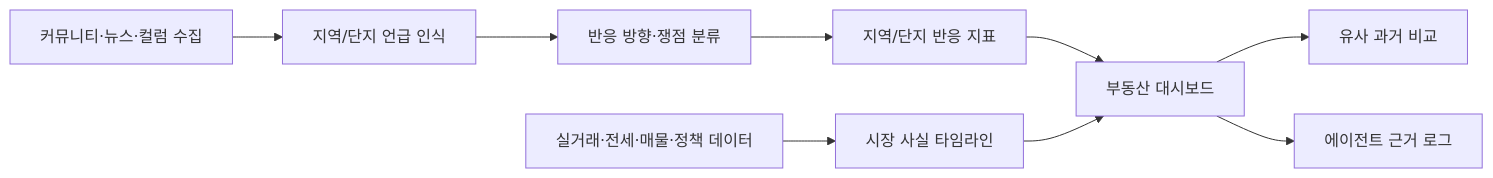
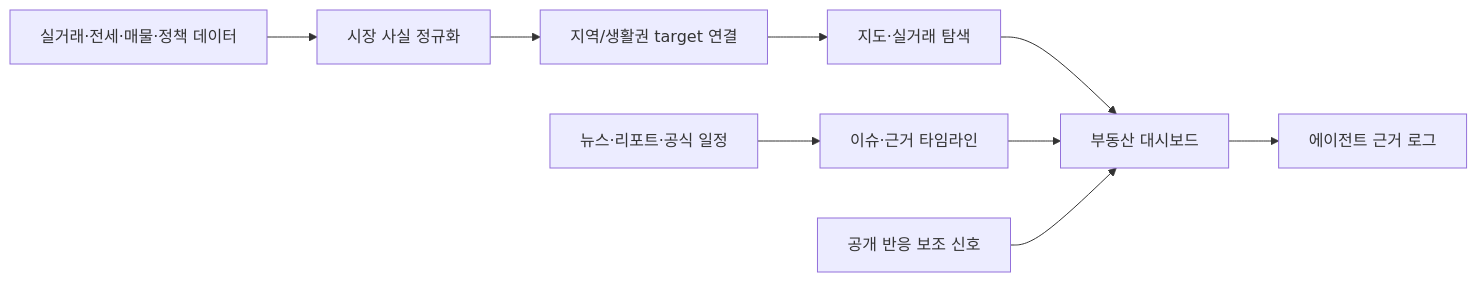
The first of 2 diagrams in README.md (99hyuk/YouBuyFirst_RealEstate), drawn with Mermaid before and after one commit. The commit also changed other lines of this file and 173 other files, not shown here.

````diff
--- a/README.md
+++ b/README.md
@@ -47,11 +47,11 @@
 ```mermaid
 flowchart LR
-  A["커뮤니티·뉴스·컬럼 수집"] --> B["지역/단지 언급 인식"]
-  B --> C["반응 방향·쟁점 분류"]
-  C --> D["지역/단지 반응 지표"]
-  E["실거래·전세·매물·정책 데이터"] --> F["시장 사실 타임라인"]
+  A["실거래·전세·매물·정책 데이터"] --> B["시장 사실 정규화"]
+  B --> C["지역/생활권 target 연결"]
+  C --> D["지도·실거래 탐색"]
+  E["뉴스·리포트·공식 일정"] --> F["이슈·근거 타임라인"]
   D --> G["부동산 대시보드"]
   F --> G
-  G --> H["유사 과거 비교"]
+  H["공개 반응 보조 신호"] --> G
   G --> I["에이전트 근거 로그"]
 ```
````
